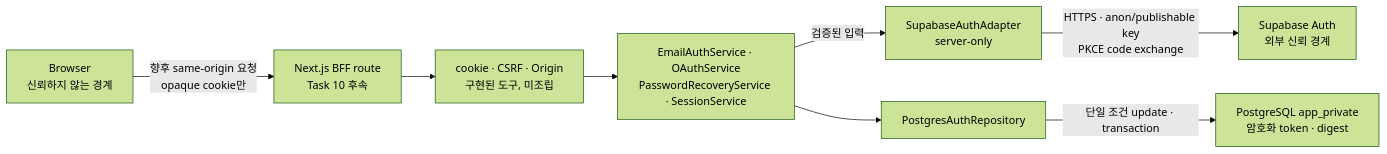
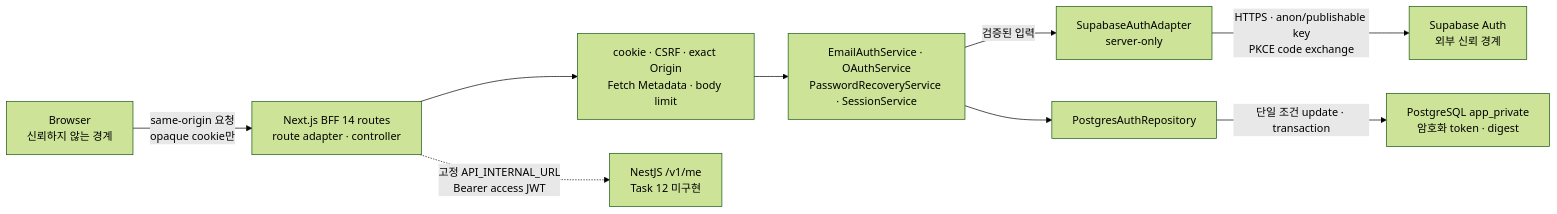
One commit to jawon0407/account-book changed the diagram in docs/architecture/backend-authentication.ko.md. Above: the diagram before and after it, drawn with Mermaid (forest theme). The commit also changed other lines of this file and 13 other files, not shown here.

````diff
--- a/docs/architecture/backend-authentication.ko.md
+++ b/docs/architecture/backend-authentication.ko.md
@@ -30,19 +30,21 @@
 ```mermaid
 flowchart LR
   Browser["Browser\n신뢰하지 않는 경계"]
-  BFF["Next.js BFF route\nTask 10 후속"]
-  Guard["cookie · CSRF · Origin\n구현된 도구, 미조립"]
+  BFF["Next.js BFF 14 routes\nroute adapter · controller"]
+  Guard["cookie · CSRF · exact Origin\nFetch Metadata · body limit"]
   UseCase["EmailAuthService · OAuthService\nPasswordRecoveryService · SessionService"]
   Adapter["SupabaseAuthAdapter\nserver-only"]
   Supabase["Supabase Auth\n외부 신뢰 경계"]
   Repo["PostgresAuthRepository"]
   DB["PostgreSQL app_private\n암호화 token · digest"]
+  API["NestJS /v1/me\nTask 12 미구현"]
 
-  Browser -->|"향후 same-origin 요청\nopaque cookie만"| BFF
+  Browser -->|"same-origin 요청\nopaque cookie만"| BFF
   BFF --> Guard
   Guard --> UseCase
   UseCase -->|"검증된 입력"| Adapter
   Adapter -->|"HTTPS · anon/publishable key\nPKCE code exchange"| Supabase
   UseCase --> Repo
   Repo -->|"단일 조건 update · transaction"| DB
+  BFF -.->|"고정 API_INTERNAL_URL\nBearer access JWT"| API
 ```
````
